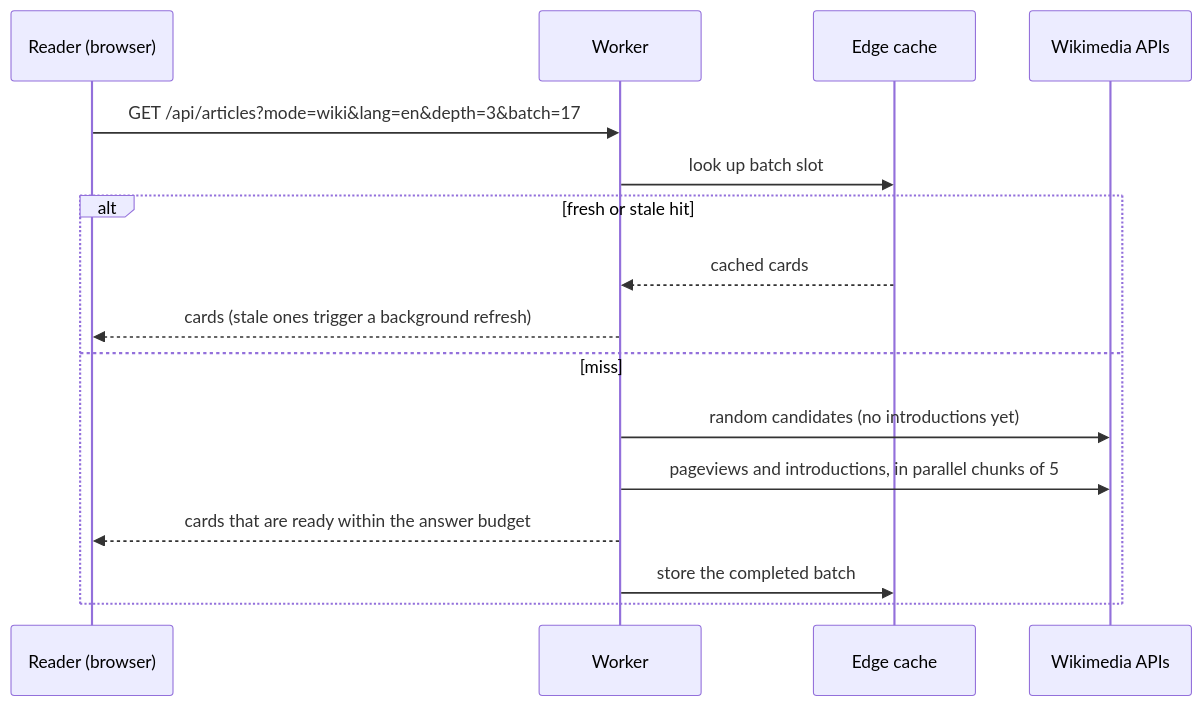
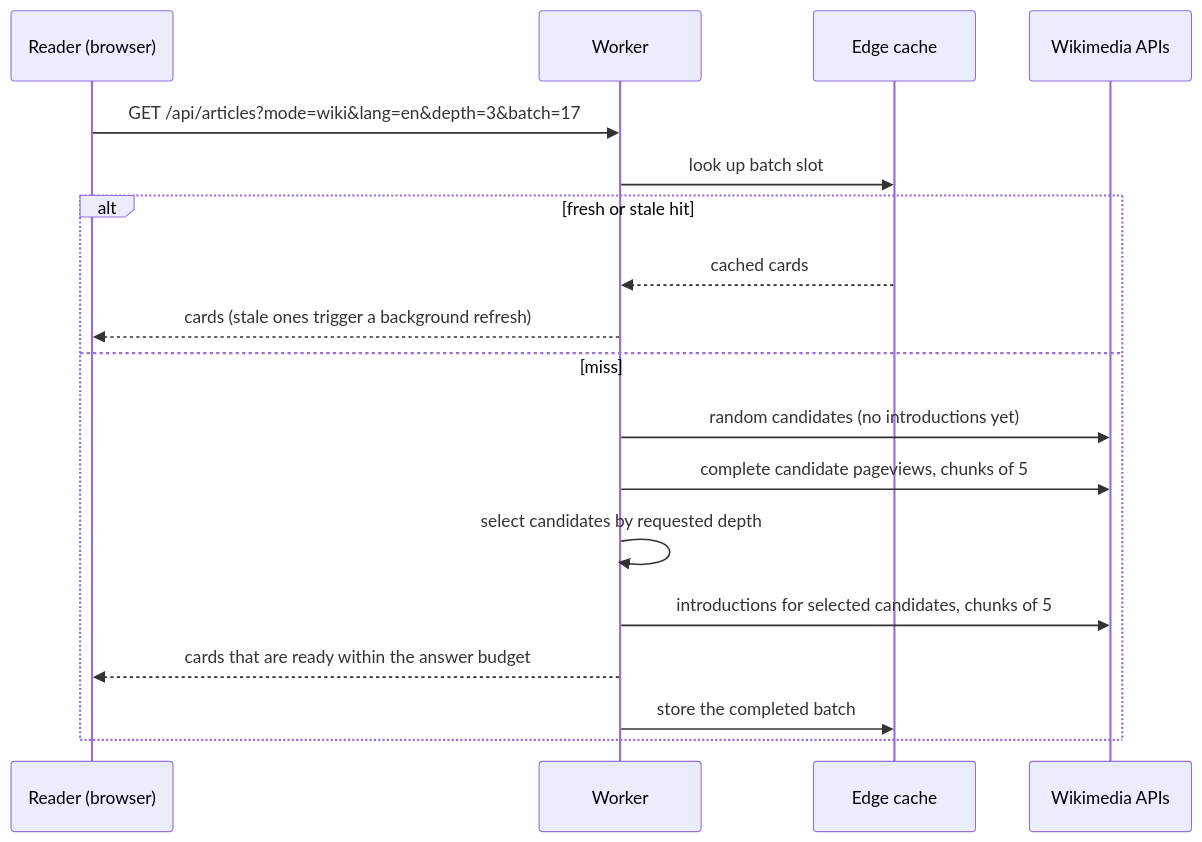
The diagram in docs/ARCHITECTURE.md (Golps/WikiScroll), drawn with Mermaid before and after one commit. The commit also changed 1 other file, not shown here.

Commit message:
Align engineering documentation with the current feed pipeline

````diff
--- a/docs/ARCHITECTURE.md
+++ b/docs/ARCHITECTURE.md
@@ -12,18 +12,20 @@
 ```mermaid
 sequenceDiagram
   participant R as Reader (browser)
   participant W as Worker
   participant C as Edge cache
   participant M as Wikimedia APIs
   R->>W: GET /api/articles?mode=wiki&lang=en&depth=3&batch=17
   W->>C: look up batch slot
   alt fresh or stale hit
     C-->>W: cached cards
     W-->>R: cards (stale ones trigger a background refresh)
   else miss
     W->>M: random candidates (no introductions yet)
-    W->>M: pageviews and introductions, in parallel chunks of 5
+    W->>M: complete candidate pageviews, chunks of 5
+    W->>W: select candidates by requested depth
+    W->>M: introductions for selected candidates, chunks of 5
     W-->>R: cards that are ready within the answer budget
     W->>C: store the completed batch
   end
 ```
````
